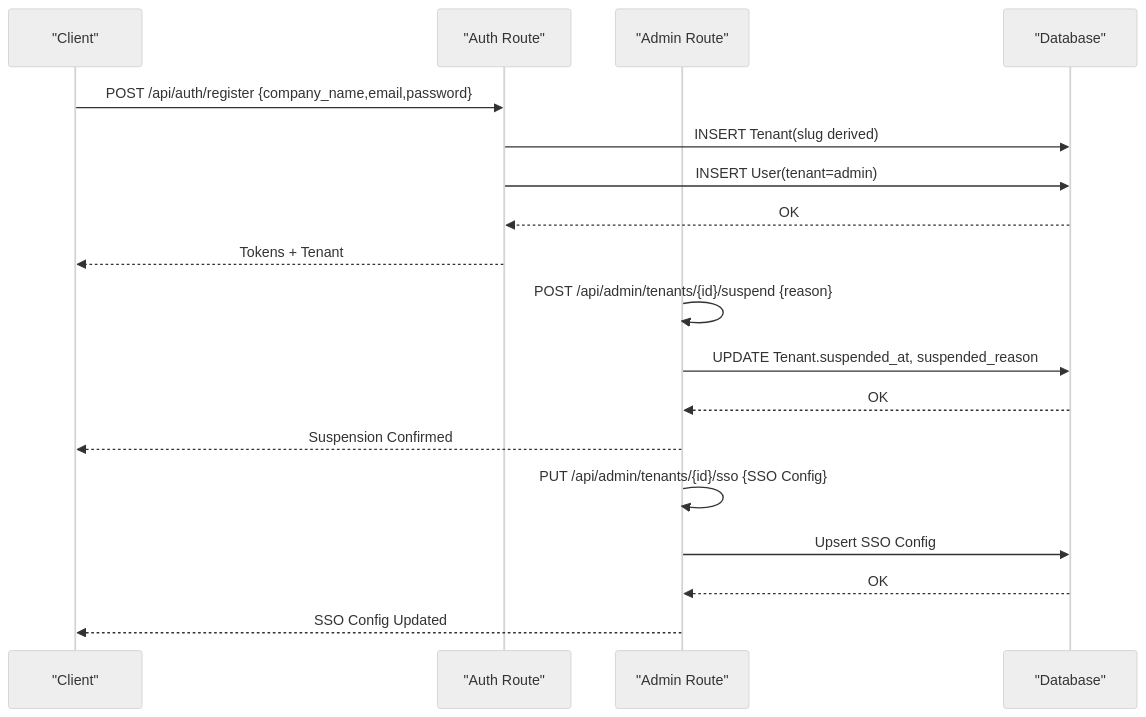
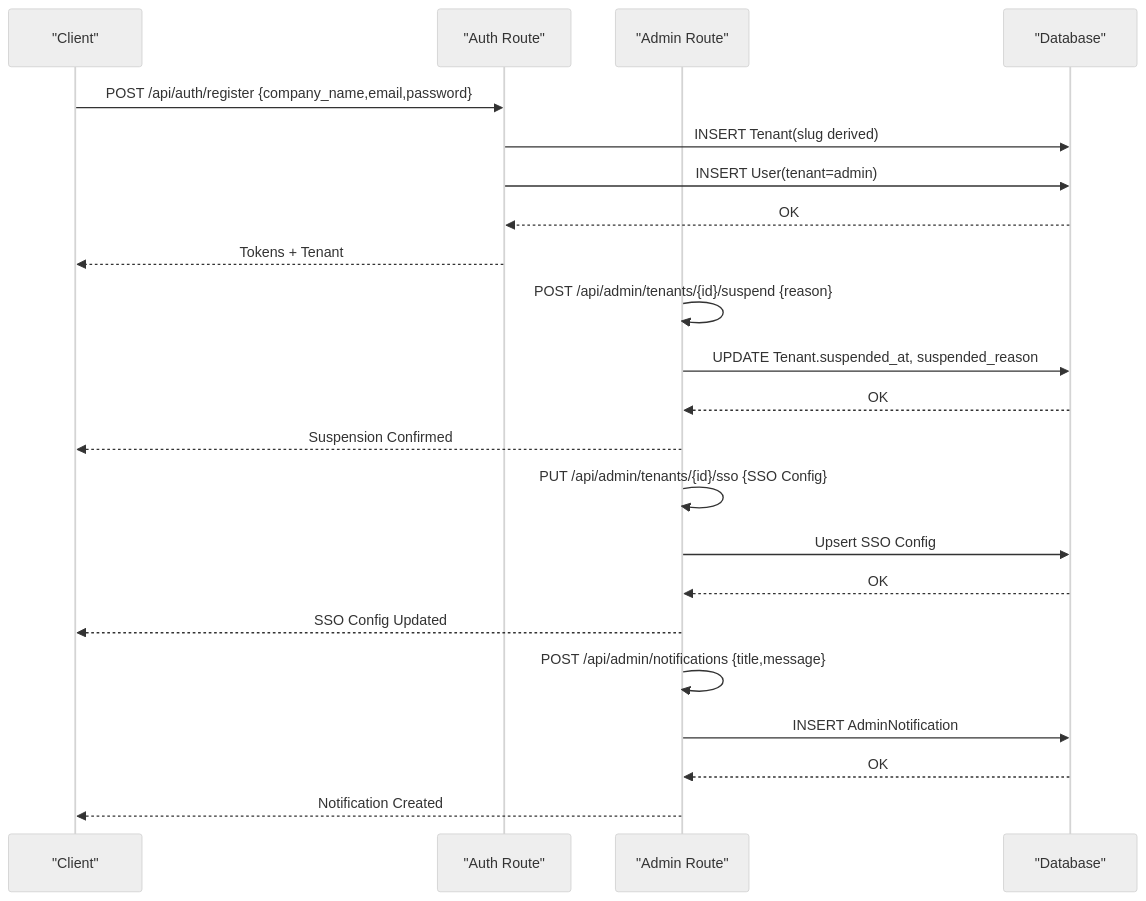
One commit to Revanththetalogics/aireume changed diagram 18 of 22 in .qoder/repowiki/en/content/Multi-Tenant System/Multi-Tenant System.md. Above: the diagram before and after it, drawn with Mermaid (neutral theme). The commit also changed other lines of this file and 13 other files, not shown here.

````diff
--- a/.qoder/repowiki/en/content/Multi-Tenant System/Multi-Tenant System.md
+++ b/.qoder/repowiki/en/content/Multi-Tenant System/Multi-Tenant System.md
@@ -1154,20 +1241,24 @@
 ```mermaid
 sequenceDiagram
 participant Client as "Client"
 participant Auth as "Auth Route"
 participant Admin as "Admin Route"
 participant DB as "Database"
 Client->>Auth : POST /api/auth/register {company_name,email,password}
 Auth->>DB : INSERT Tenant(slug derived)
 Auth->>DB : INSERT User(tenant=admin)
 DB-->>Auth : OK
 Auth-->>Client : Tokens + Tenant
 Admin->>Admin : POST /api/admin/tenants/{id}/suspend {reason}
 Admin->>DB : UPDATE Tenant.suspended_at, suspended_reason
 DB-->>Admin : OK
 Admin-->>Client : Suspension Confirmed
 Admin->>Admin : PUT /api/admin/tenants/{id}/sso {SSO Config}
 Admin->>DB : Upsert SSO Config
 DB-->>Admin : OK
 Admin-->>Client : SSO Config Updated
+Admin->>Admin : POST /api/admin/notifications {title,message}
+Admin->>DB : INSERT AdminNotification
+DB-->>Admin : OK
+Admin-->>Client : Notification Created
 ```
````
